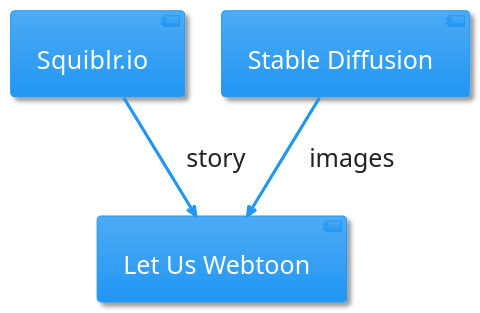
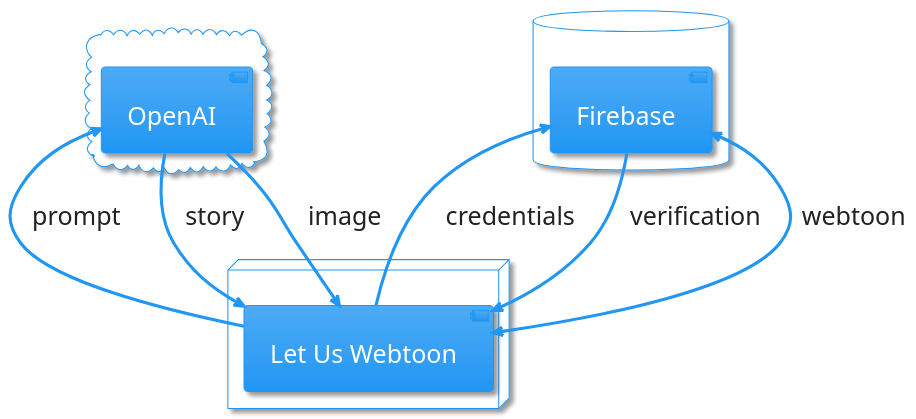
The diagram in lib/documents/context-diagram.puml (WinstonWaligora/let_us_webtoon), drawn with PlantUML before and after one commit. The commit also changed 15 other files, not shown here.

Commit message:
activity, use case, and context diagrams updated

```diff
--- a/lib/documents/context-diagram.puml
+++ b/lib/documents/context-diagram.puml
@@ -1,14 +1,24 @@
-@startuml 
+@startuml
 !theme materia
 'Define the skinparam for the font size
 skinparam defaultFontSize 24
 
 'Define the components
-[Let Us Webtoon] as webtoon
-[Squiblr.io] as story
-[Stable Diffusion] as image
+cloud {
+    [OpenAI] as openai
+}
+node {
+    [Let Us Webtoon] as webtoon
+}
+database {
+    [Firebase] as firebase
+}
 
 'Define the relationships
-story --> webtoon : story
-image --> webtoon : images
+openai <-- webtoon : prompt
+openai --> webtoon : story
+openai --> webtoon : image
+firebase <-- webtoon : credentials
+firebase --> webtoon : verification
+firebase <--> webtoon : webtoon
 @enduml
```
